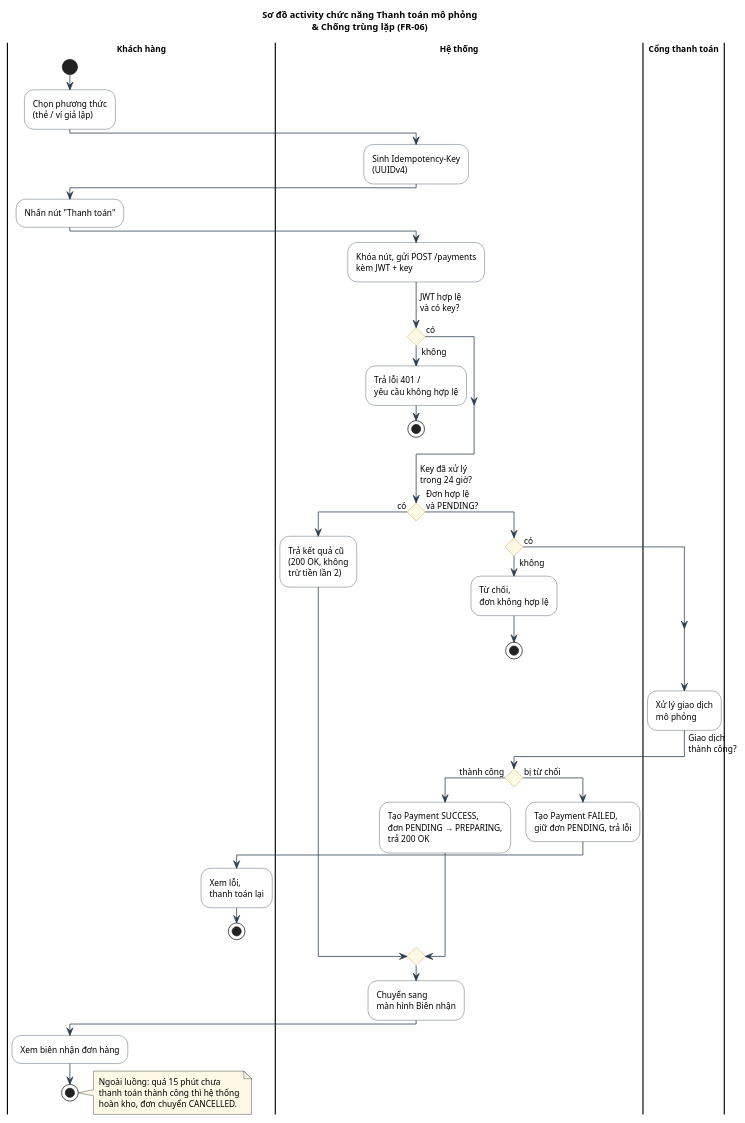
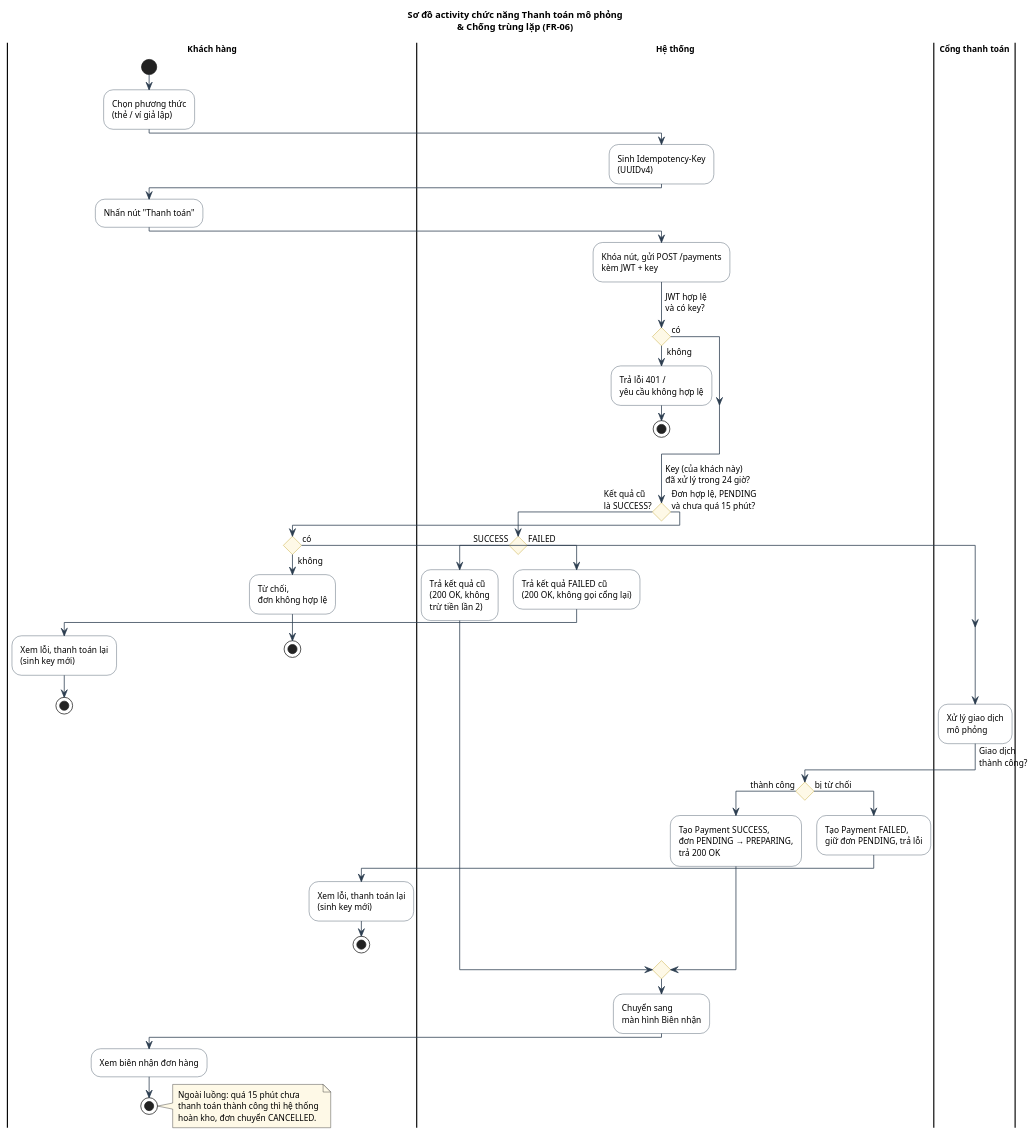
The diagram in docs/diagrams/payment/activity-payment.puml (Phuc280106/BrewLite2), drawn with PlantUML before and after one commit. The commit also changed 1 other file, not shown here.

Commit message:
docs(diagram): Chỉnh sửa activity diagram cho phần thanh toán

```diff
--- a/docs/diagrams/payment/activity-payment.puml
+++ b/docs/diagrams/payment/activity-payment.puml
@@ -1,77 +1,86 @@
 @startuml
 title Sơ đồ activity chức năng Thanh toán mô phỏng\n& Chống trùng lặp (FR-06)
 
 skinparam defaultFontSize 11
 skinparam titleFontSize 12
 skinparam Padding 1
 skinparam ConditionStyle diamond
 skinparam ConditionEndStyle diamond
 skinparam ActivityPadding 4
 skinparam ActivityBackgroundColor #FFFFFF
 skinparam ActivityBorderColor #2C3E50
 skinparam ArrowColor #2C3E50
 skinparam ActivityDiamondBackgroundColor #FEF9E7
 skinparam ActivityDiamondBorderColor #B7950B
 skinparam swimlaneTitleFontStyle bold
 skinparam NoteBackgroundColor #FEF9E7
 
 |Khách hàng|
 start
 :Chọn phương thức\n(thẻ / ví giả lập);
 
 |Hệ thống|
 :Sinh Idempotency-Key\n(UUIDv4);
 
 |Khách hàng|
 :Nhấn nút "Thanh toán";
 
 |Hệ thống|
 :Khóa nút, gửi POST /payments\nkèm JWT + key;
 
 -> JWT hợp lệ\nvà có key?;
 if () then (không)
   :Trả lỗi 401 /\nyêu cầu không hợp lệ;
   stop
 else (có)
 endif
 
--> Key đã xử lý\ntrong 24 giờ?;
+-> Key (của khách này)\nđã xử lý trong 24 giờ?;
 if () then (có)
-  :Trả kết quả cũ\n(200 OK, không\ntrừ tiền lần 2);
+  -> Kết quả cũ\nlà SUCCESS?;
+  if () then (SUCCESS)
+    :Trả kết quả cũ\n(200 OK, không\ntrừ tiền lần 2);
+  else (FAILED)
+    :Trả kết quả FAILED cũ\n(200 OK, không gọi cổng lại);
+
+    |Khách hàng|
+    :Xem lỗi, thanh toán lại\n(sinh key mới);
+    stop
+  endif
 else (chưa)
-  -> Đơn hợp lệ\nvà PENDING?;
+  -> Đơn hợp lệ, PENDING\nvà chưa quá 15 phút?;
   if () then (không)
     :Từ chối,\nđơn không hợp lệ;
     stop
   else (có)
   endif
 
   |Cổng thanh toán|
   :Xử lý giao dịch\nmô phỏng;
 
   |Hệ thống|
   -> Giao dịch\nthành công?;
   if () then (thành công)
     :Tạo Payment SUCCESS,\nđơn PENDING → PREPARING,\ntrả 200 OK;
   else (bị từ chối)
     :Tạo Payment FAILED,\ngiữ đơn PENDING, trả lỗi;
 
     |Khách hàng|
-    :Xem lỗi,\nthanh toán lại;
+    :Xem lỗi, thanh toán lại\n(sinh key mới);
     stop
   endif
 endif
 
 |Hệ thống|
 :Chuyển sang\nmàn hình Biên nhận;
 
 |Khách hàng|
 :Xem biên nhận đơn hàng;
 stop
 
 note right
   Ngoài luồng: quá 15 phút chưa
   thanh toán thành công thì hệ thống
   hoàn kho, đơn chuyển CANCELLED.
 end note
 @enduml
```
